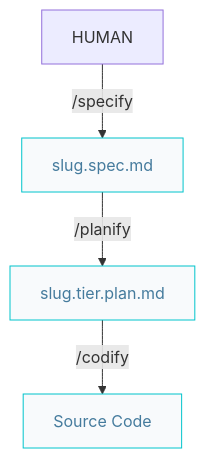
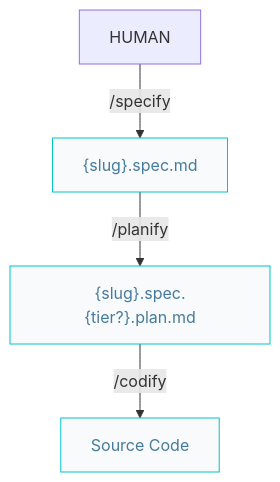
The fourth of 4 diagrams in docs/codify.pipelines.md (AIDDbot/AIDDbot), drawn with Mermaid before and after one commit. The commit also changed other lines of this file and 3 other files, not shown here.

````diff
--- a/docs/codify.pipelines.md
+++ b/docs/codify.pipelines.md
@@ -50,13 +47,13 @@
 ```mermaid
 flowchart TD  
   HUM[HUMAN]
-  SPC["slug.spec.md"]:::nd
-  PLN["slug.tier.plan.md"]:::nd
+  SPC["{slug}.spec.md"]:::nd
+  PLN["{slug}.spec.{tier?}.plan.md"]:::nd
   COD[Source Code]:::nd
 
   HUM -->|/specify| SPC
   SPC -->|/planify| PLN
   PLN -->|/codify| COD
 
   classDef nd fill:#f8fafc,stroke:#00c4cc,color:#457b9d
 ```
````
